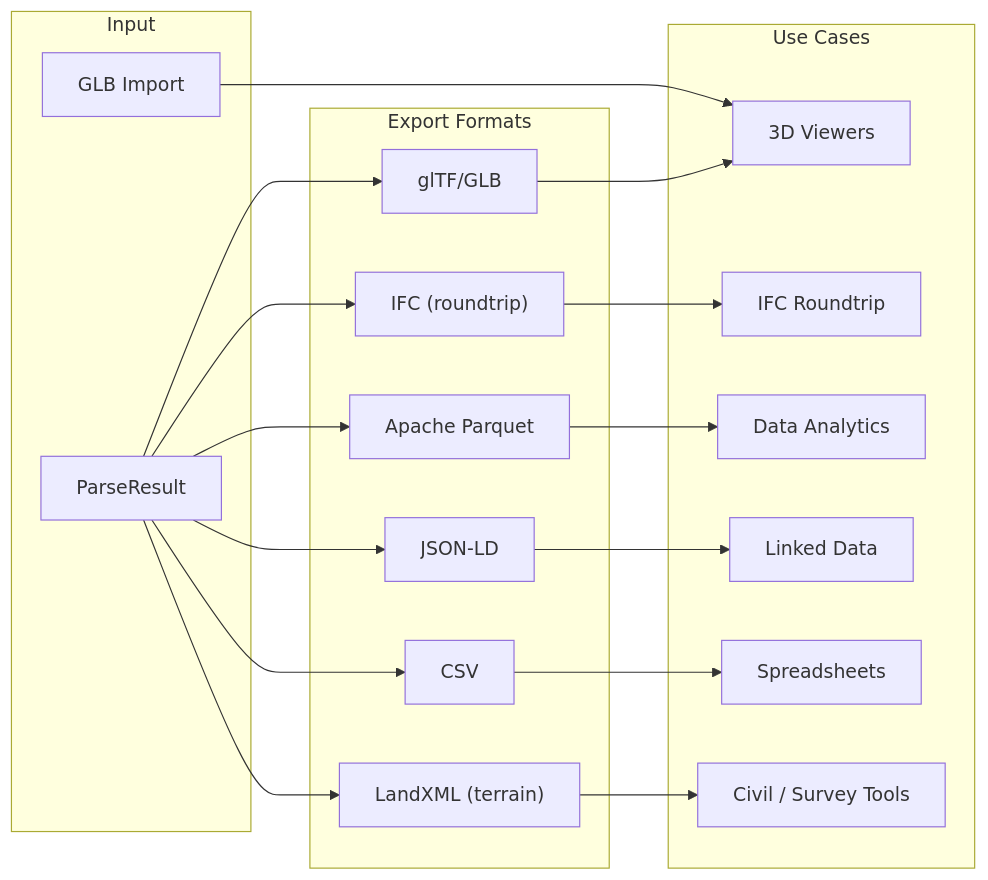
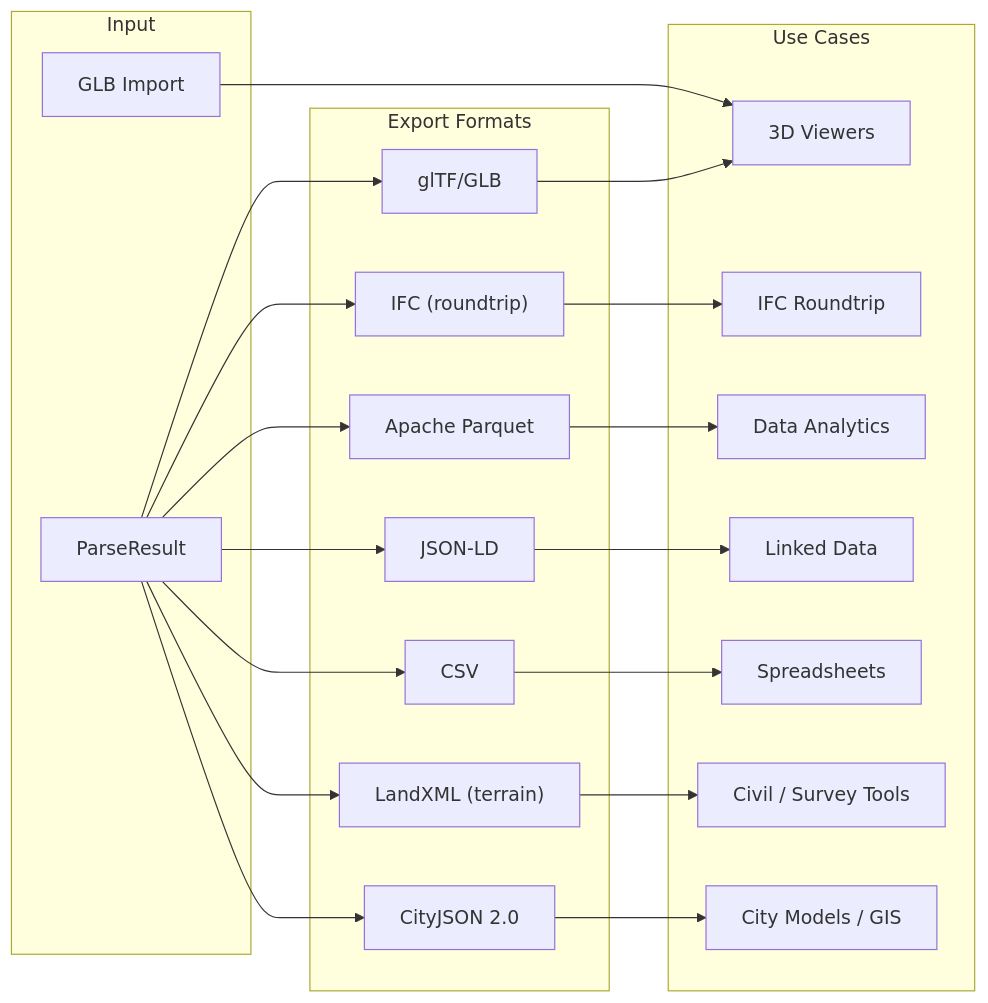
One commit to LTplus-AG/ifc-lite changed the first of 3 diagrams in docs/guide/exporting.md. Above: the diagram before and after it, drawn with Mermaid. The commit also changed other lines of this file and 36 other files, not shown here.

````diff
--- a/docs/guide/exporting.md
+++ b/docs/guide/exporting.md
@@ -198,33 +198,36 @@
 ```mermaid
 flowchart LR
     subgraph Input["Input"]
         IFC["ParseResult"]
         GLBIn["GLB Import"]
     end
 
     subgraph Formats["Export Formats"]
         glTF["glTF/GLB"]
         IFCOut["IFC (roundtrip)"]
         Parquet["Apache Parquet"]
         JSON["JSON-LD"]
         CSV["CSV"]
         LandXML["LandXML (terrain)"]
+        CityJSON["CityJSON 2.0"]
     end
 
     subgraph Uses["Use Cases"]
         Viewer["3D Viewers"]
         Roundtrip["IFC Roundtrip"]
         Analytics["Data Analytics"]
         Linked["Linked Data"]
         Spreadsheet["Spreadsheets"]
         Civil["Civil / Survey Tools"]
+        GIS["City Models / GIS"]
     end
 
     GLBIn --> Viewer
     IFC --> glTF --> Viewer
     IFC --> IFCOut --> Roundtrip
     IFC --> Parquet --> Analytics
     IFC --> JSON --> Linked
     IFC --> CSV --> Spreadsheet
     IFC --> LandXML --> Civil
+    IFC --> CityJSON --> GIS
 ```
````
